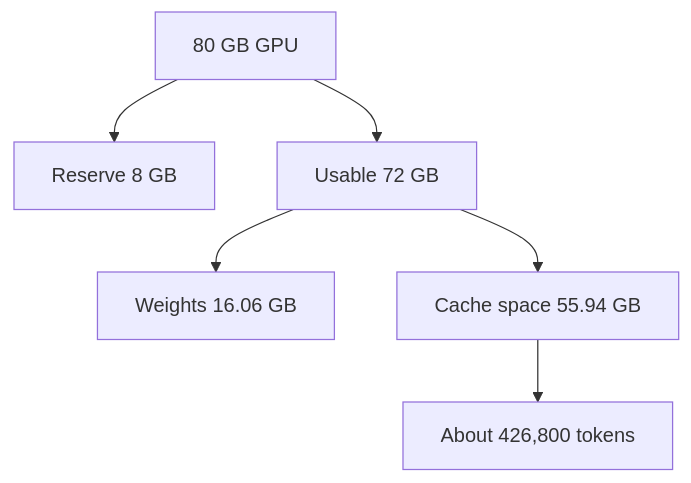
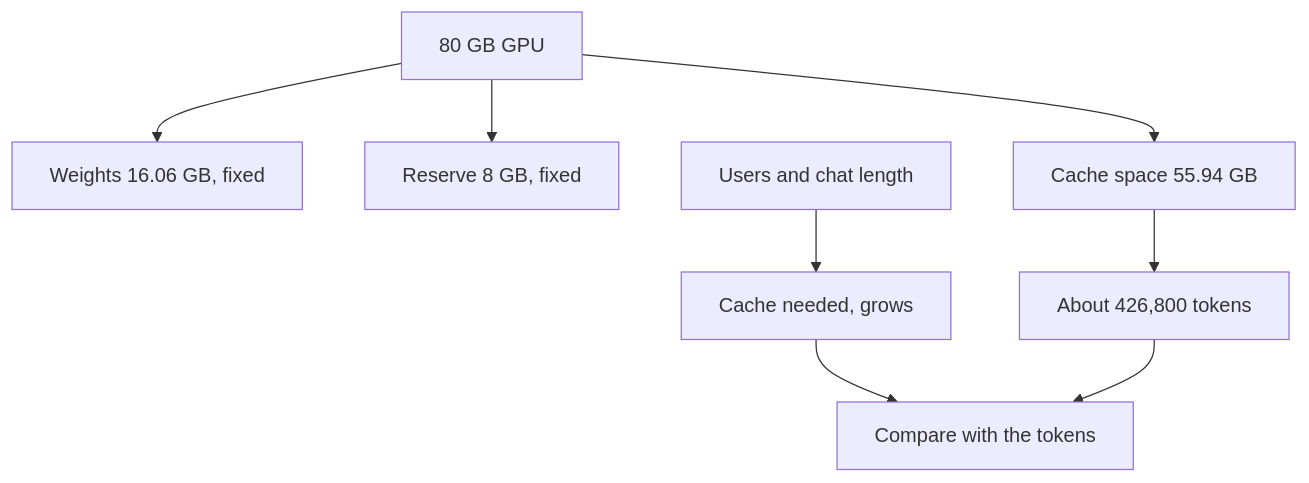
One commit to devweekends/Buildment changed the diagram in courses/ai-engineering-interview/11-inference-and-serving/11.04-gpu-memory-budget.md. Above: the diagram before and after it, drawn with Mermaid. The commit also changed other lines of this file and 11 other files, not shown here.

````diff
--- a/courses/ai-engineering-interview/11-inference-and-serving/11.04-gpu-memory-budget.md
+++ b/courses/ai-engineering-interview/11-inference-and-serving/11.04-gpu-memory-budget.md
@@ -39,8 +39,10 @@
 ```mermaid
 flowchart TD
-  G[80 GB GPU] --> R[Reserve 8 GB]
-  G --> U[Usable 72 GB]
-  U --> W[Weights 16.06 GB]
-  U --> K[Cache space 55.94 GB]
-  K --> T[About 426,800 tokens]
+  G[80 GB GPU] --> W[Weights 16.06 GB, fixed]
+  G --> R[Reserve 8 GB, fixed]
+  G --> S[Cache space 55.94 GB]
+  U[Users and chat length] --> D[Cache needed, grows]
+  S --> T[About 426,800 tokens]
+  D --> C[Compare with the tokens]
+  T --> C
 ```
````
